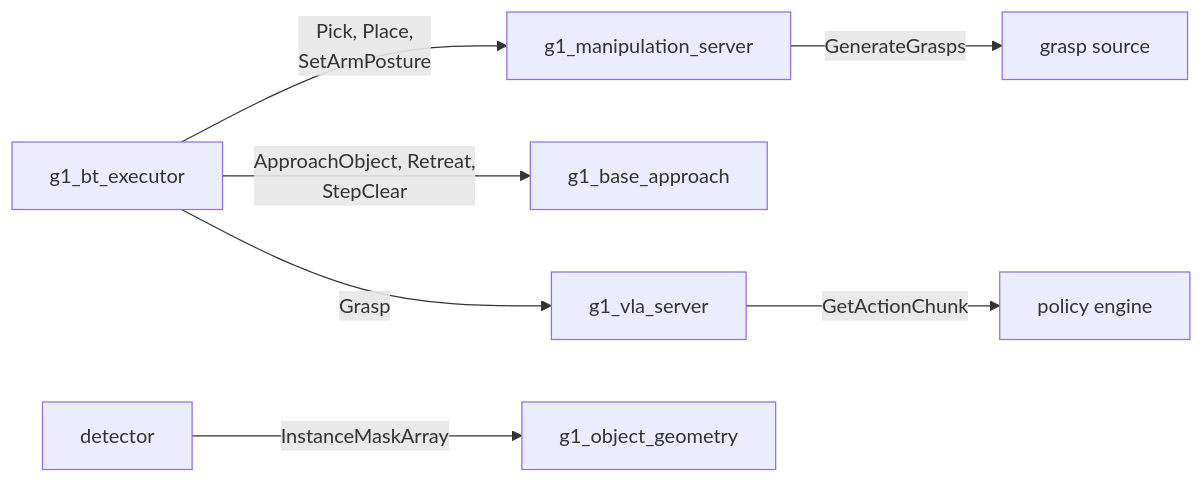
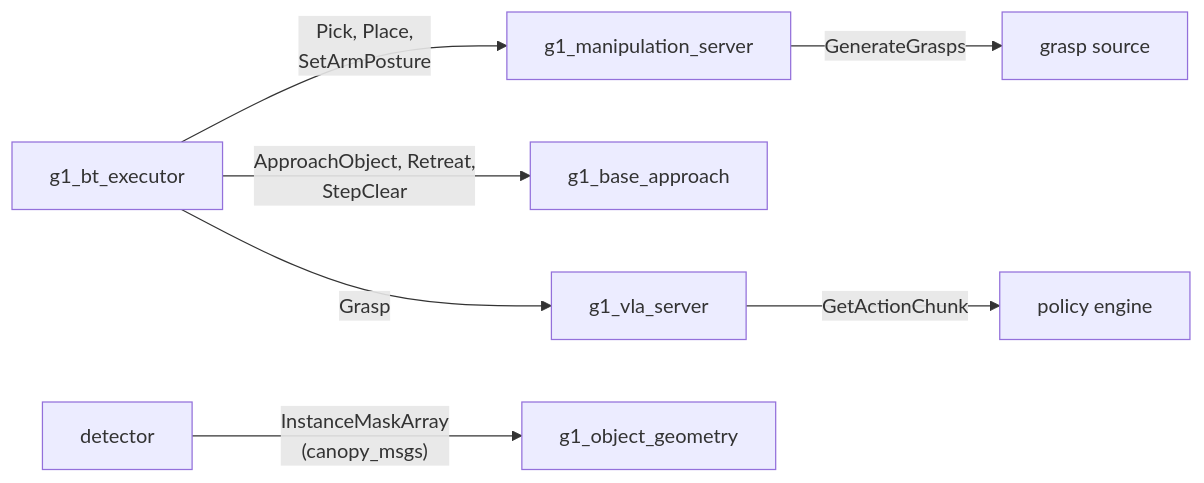
The diagram in workspace/src/g1_msgs/README.md (Adyansh04/grove-g1), drawn with Mermaid before and after one commit. The commit also changed other lines of this file and 29 other files, not shown here.

Commit message:
Move the world model's interfaces to canopy_msgs

````diff
--- a/workspace/src/g1_msgs/README.md
+++ b/workspace/src/g1_msgs/README.md
@@ -8,9 +8,9 @@
 ```mermaid
 flowchart LR
     BT["g1_bt_executor"] -- "Pick, Place,<br/>SetArmPosture" --> MS["g1_manipulation_server"]
     BT -- "ApproachObject, Retreat,<br/>StepClear" --> BA["g1_base_approach"]
     BT -- "Grasp" --> VS["g1_vla_server"]
     VS -- "GetActionChunk" --> PE["policy engine"]
     MS -- "GenerateGrasps" --> GS["grasp source"]
-    D["detector"] -- "InstanceMaskArray" --> G["g1_object_geometry"]
+    D["detector"] -- "InstanceMaskArray<br/>(canopy_msgs)" --> G["g1_object_geometry"]
 ```
````
